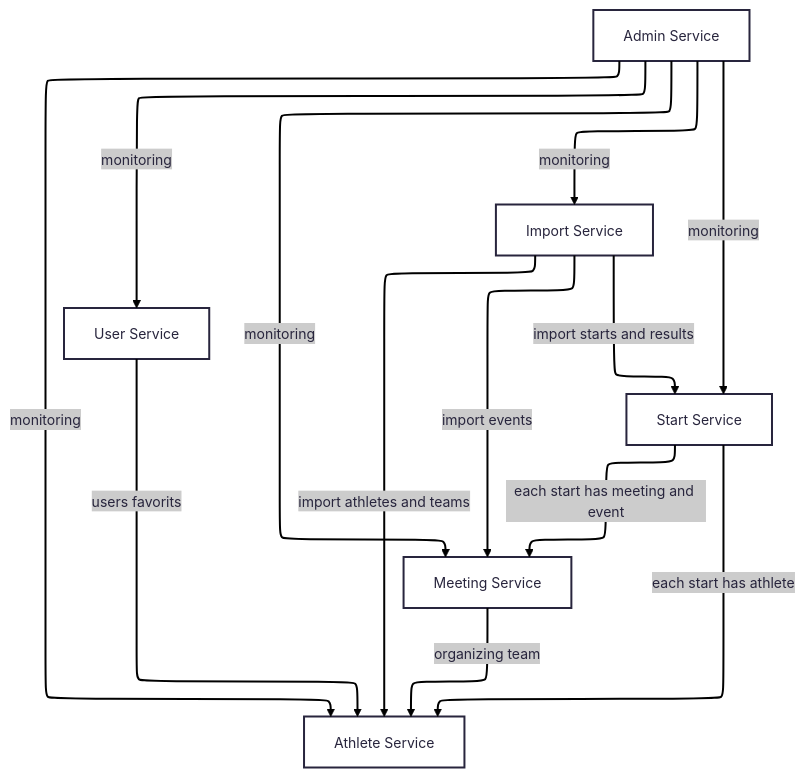
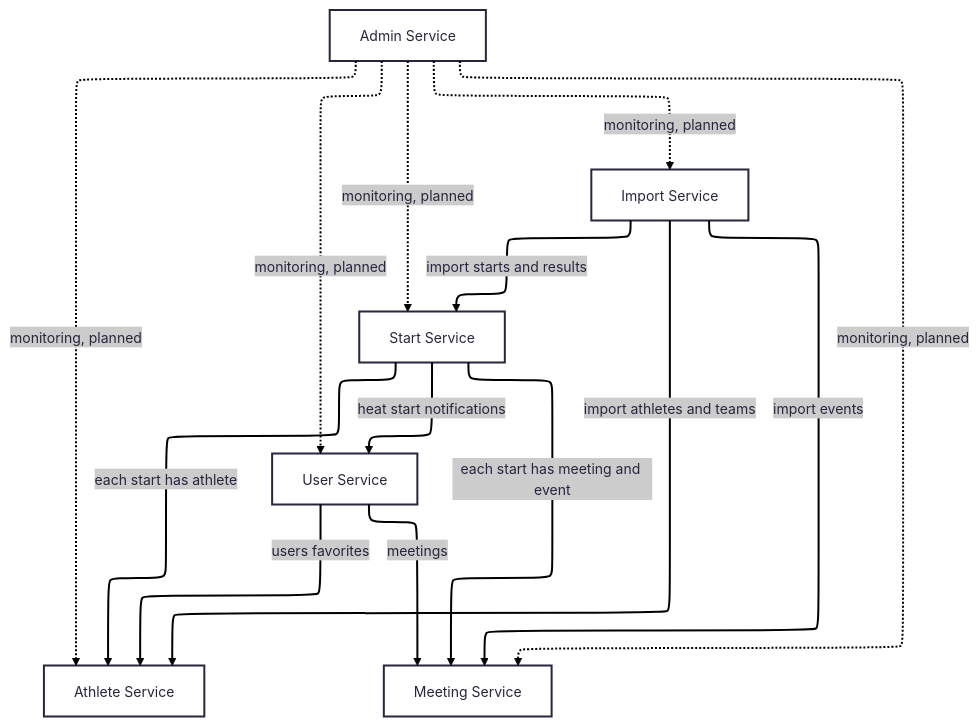
The diagram in README.md (SwimResults/SwimResults), drawn with Mermaid before and after one commit. The commit also changed other lines of this file and 11 other files, not shown here.

````diff
--- a/README.md
+++ b/README.md
@@ -120,27 +171,28 @@
 ```mermaid
 ---
 config:
   theme: redux
   layout: elk
 ---
 flowchart TD
     A[Import Service]
     B[Athlete Service]
     C[User Service]
     D[Meeting Service]
     E[Start Service]
     F[Admin Service]
     
     A --> |import events| D
     A --> |import athletes and teams| B
     A --> |import starts and results| E
-    C --> |users favorits| B
-    D --> |organizing team| B
+    C --> |users favorites| B
+    C --> |meetings| D
     E --> |each start has athlete| B
     E --> |each start has meeting and event| D
-    F --> |monitoring| A
-    F --> |monitoring| B
-    F --> |monitoring| C
-    F --> |monitoring| D
-    F --> |monitoring| E
+    E --> |heat start notifications| C
+    F -.-> |monitoring, planned| A
+    F -.-> |monitoring, planned| B
+    F -.-> |monitoring, planned| C
+    F -.-> |monitoring, planned| D
+    F -.-> |monitoring, planned| E
 ```
````
